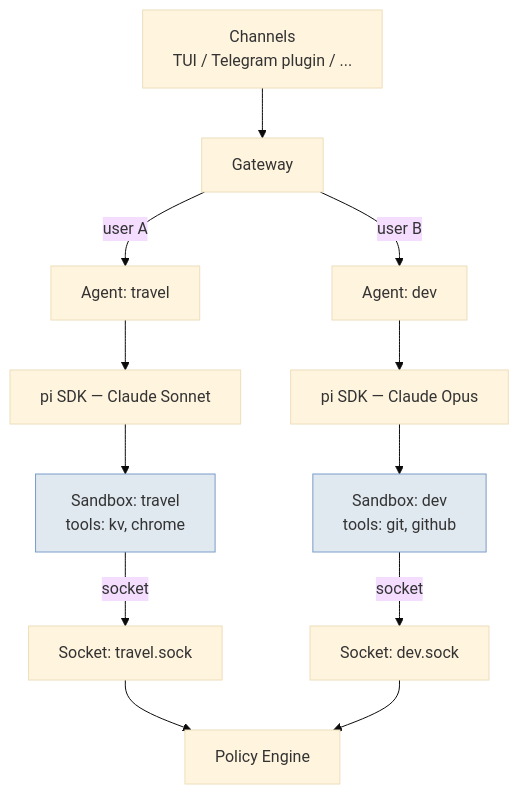
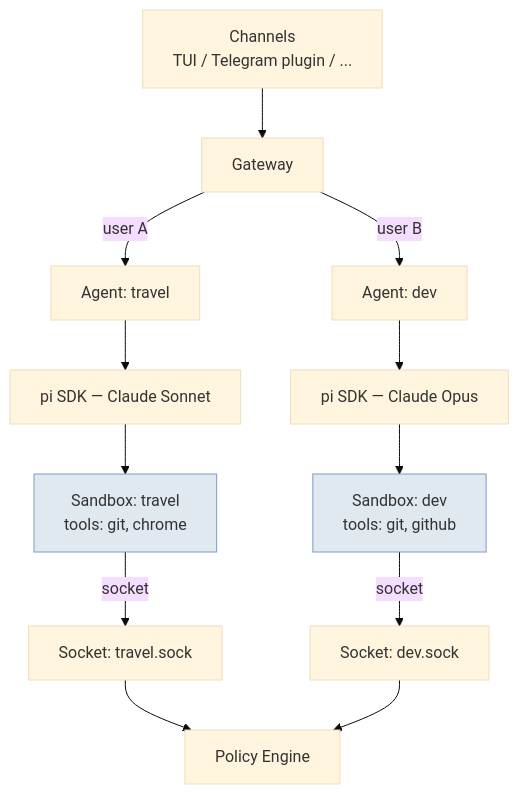
Before and after one commit to matthias-hausberger/beige: the seventh of 7 diagrams in docs/gateway/system-overview.mdx, drawn with Mermaid (base theme). The commit also changed other lines of this file and 26 other files, not shown here.

````diff
--- a/docs/gateway/system-overview.mdx
+++ b/docs/gateway/system-overview.mdx
@@ -224,22 +224,22 @@
 ```mermaid
 graph TB
     CH[Channels<br/>TUI / Telegram plugin / ...] --> GW[Gateway]
 
     GW -->|user A| AM1[Agent: travel]
     GW -->|user B| AM2[Agent: dev]
 
     AM1 --> PI1[pi SDK — Claude Sonnet]
     AM2 --> PI2[pi SDK — Claude Opus]
 
-    PI1 --> SB1[Sandbox: travel<br/>tools: kv, chrome]
+    PI1 --> SB1[Sandbox: travel<br/>tools: git, chrome]
     PI2 --> SB2[Sandbox: dev<br/>tools: git, github]
 
     SB1 -->|socket| SS1[Socket: travel.sock]
     SB2 -->|socket| SS2[Socket: dev.sock]
 
     SS1 --> PE[Policy Engine]
     SS2 --> PE
 
     style SB1 fill:#e0e8f0,stroke:#7a9cc9
     style SB2 fill:#e0e8f0,stroke:#7a9cc9
 ```
````
